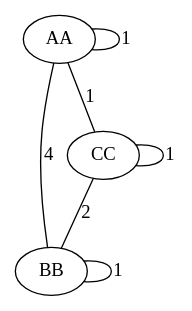
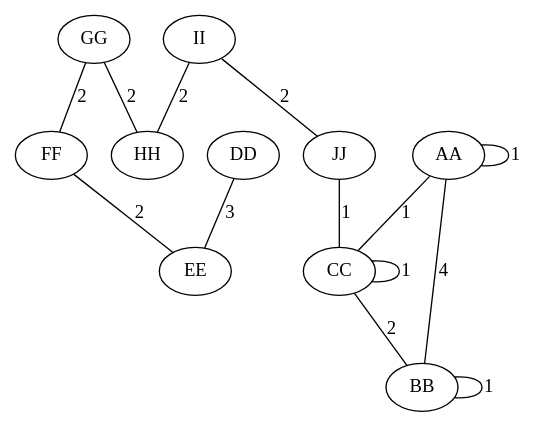
Before and after one commit to L-zed/TP2_AnalyseStatique: the diagram in TP2/target/classes/graph.dot, drawn with Graphviz. The commit also changed 11 other files, not shown here.

```diff
--- a/TP2/target/classes/graph.dot
+++ b/TP2/target/classes/graph.dot
@@ -1,9 +1,16 @@
 digraph "graph" {
 edge[dir=none]
+"II"->"HH" [ label="2" ]
+"II"->"JJ" [ label="2" ]
+"GG"->"FF" [ label="2" ]
+"GG"->"HH" [ label="2" ]
 "AA"->"AA" [ label="1" ]
 "AA"->"BB" [ label="4" ]
 "AA"->"CC" [ label="1" ]
+"FF"->"EE" [ label="2" ]
+"DD"->"EE" [ label="3" ]
 "CC"->"BB" [ label="2" ]
 "CC"->"CC" [ label="1" ]
+"JJ"->"CC" [ label="1" ]
 "BB"->"BB" [ label="1" ]
 }
```
